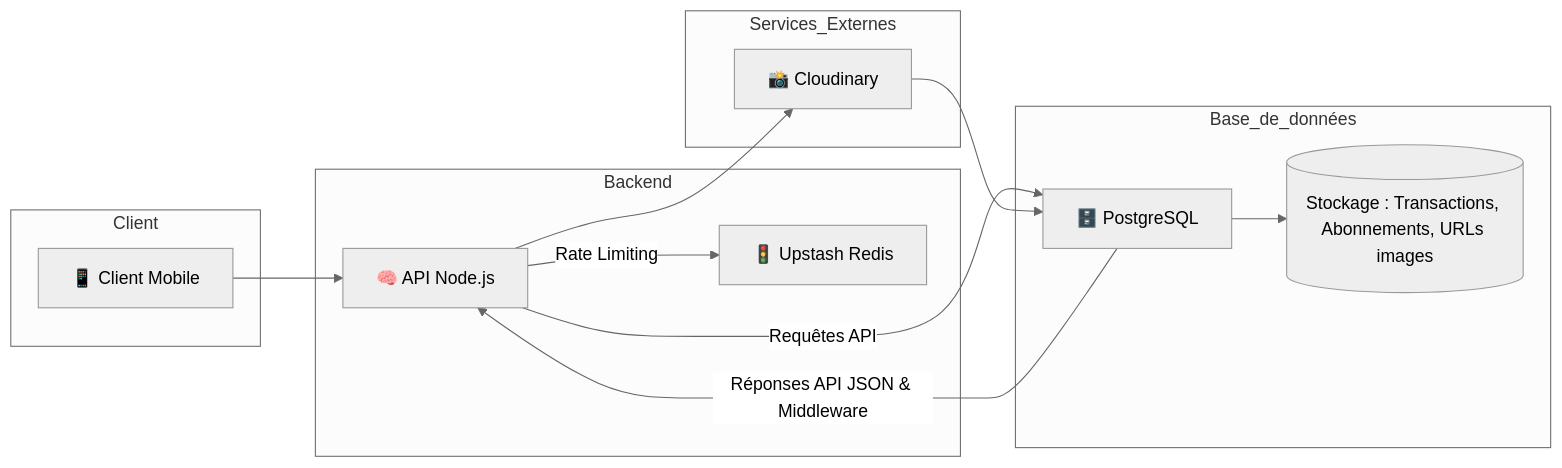
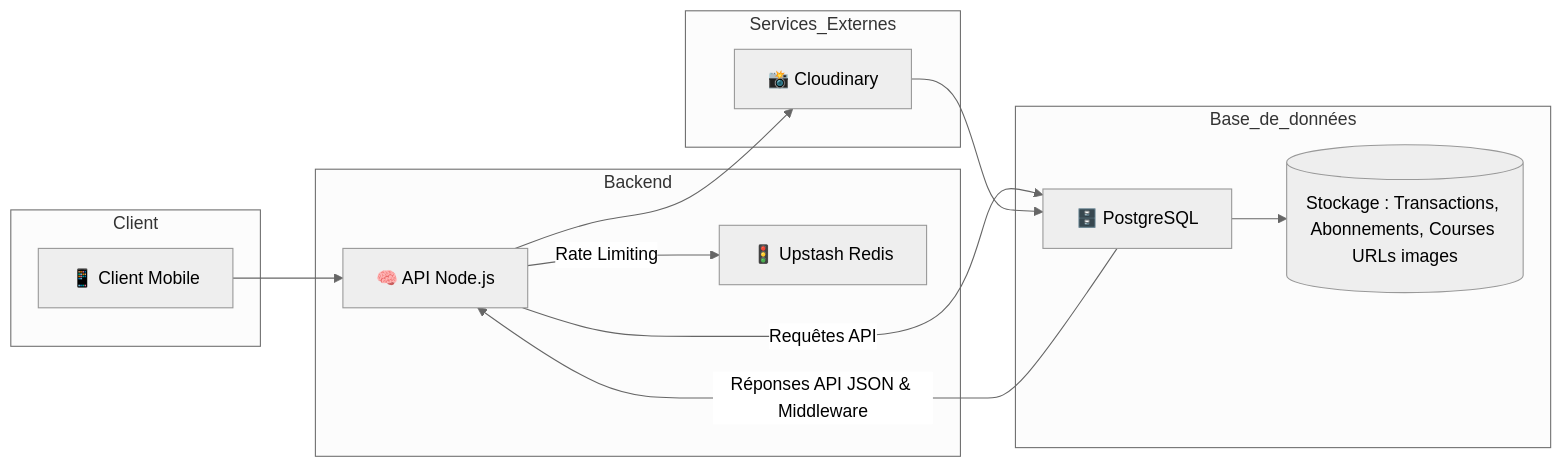
The diagram in README.md (Maxime015/expense-tracker), drawn with Mermaid (neutral theme) before and after one commit. The commit also changed other lines of this file and 1 other file, not shown here.

````diff
--- a/README.md
+++ b/README.md
@@ -66,29 +69,29 @@
 ```mermaid
   graph LR
   subgraph Client
     A[📱 Client Mobile]
   end
 
   subgraph Backend
     B[🧠 API Node.js]
     E[🚦 Upstash Redis]
   end
 
   subgraph Services_Externes
     D[📸 Cloudinary]
   end
 
   subgraph Base_de_données
     C[🗄️ PostgreSQL]
-    F[(Stockage : Transactions, Abonnements, URLs images)]
+    F[(Stockage : Transactions, Abonnements, Courses URLs images)]
   end
 
   A --> B
   B -- "Requêtes API" --> C
   C -- "Réponses API JSON & Middleware" --> B
   B --> D
   B -- "Rate Limiting" --> E
   D --> C
   C --> F
 
 ```
````
